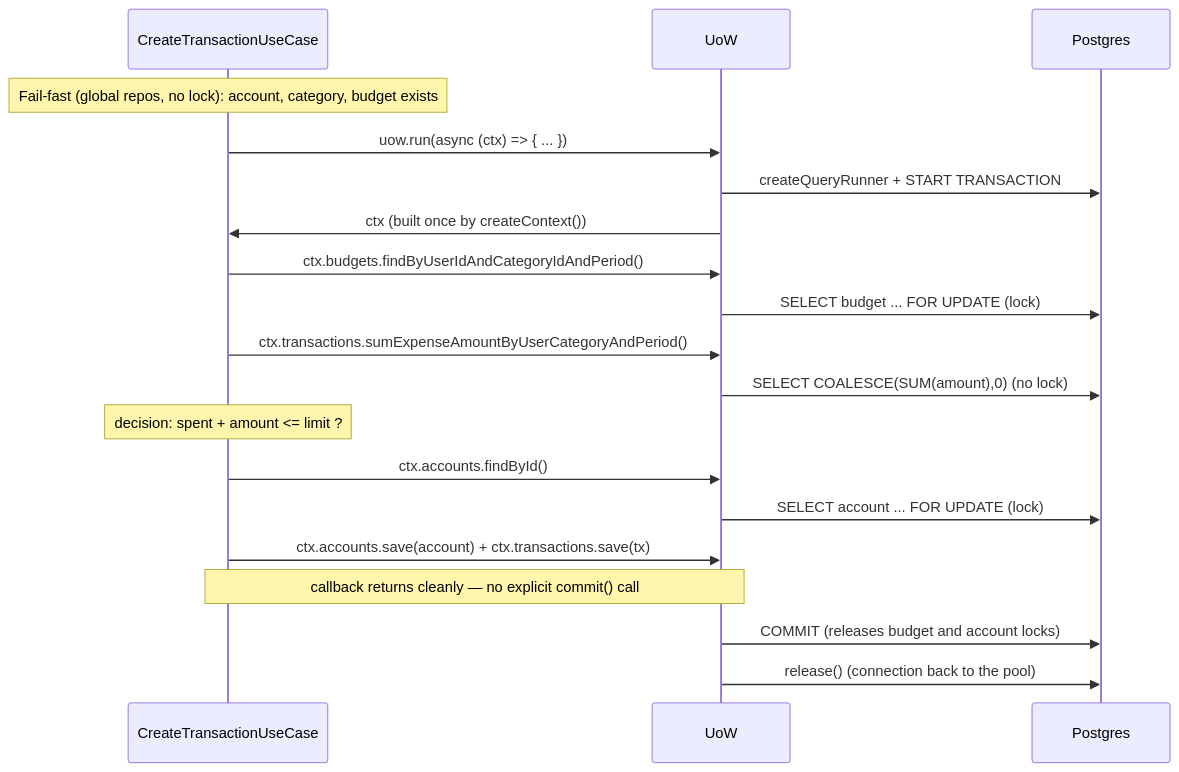
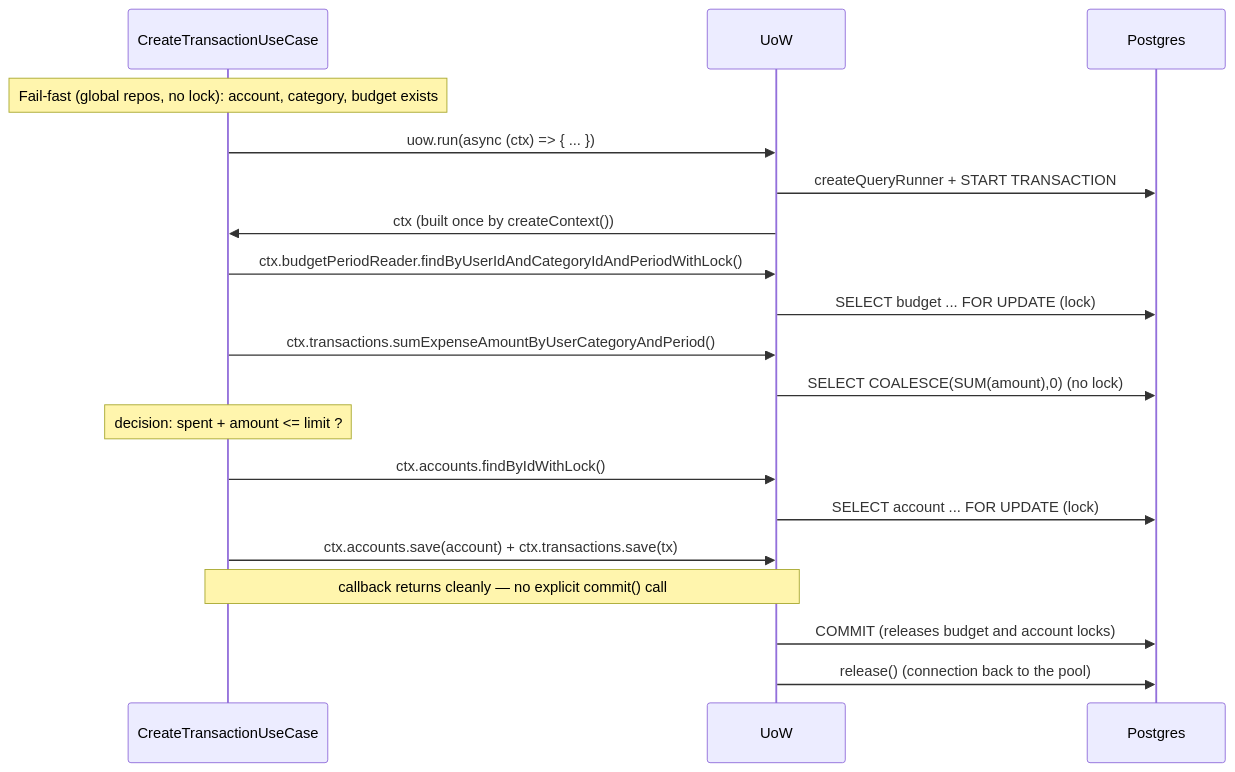
One commit to vicentera0957-arch/personal-finance-api changed the first of 2 diagrams in docs/concurrency-model.md. Above: the diagram before and after it, drawn with Mermaid. The commit also changed other lines of this file and 9 other files, not shown here.

````diff
--- a/docs/concurrency-model.md
+++ b/docs/concurrency-model.md
@@ -335,22 +335,22 @@
 ```mermaid
 sequenceDiagram
     participant UC as CreateTransactionUseCase
     participant UoW
     participant DB as Postgres
 
     Note over UC: Fail-fast (global repos, no lock): account, category, budget exists
     UC->>UoW: uow.run(async (ctx) => { ... })
     UoW->>DB: createQueryRunner + START TRANSACTION
     UoW->>UC: ctx (built once by createContext())
-    UC->>UoW: ctx.budgets.findByUserIdAndCategoryIdAndPeriod()
+    UC->>UoW: ctx.budgetPeriodReader.findByUserIdAndCategoryIdAndPeriodWithLock()
     UoW->>DB: SELECT budget ... FOR UPDATE (lock)
     UC->>UoW: ctx.transactions.sumExpenseAmountByUserCategoryAndPeriod()
     UoW->>DB: SELECT COALESCE(SUM(amount),0)   (no lock)
     Note over UC: decision: spent + amount <= limit ?
-    UC->>UoW: ctx.accounts.findById()
+    UC->>UoW: ctx.accounts.findByIdWithLock()
     UoW->>DB: SELECT account ... FOR UPDATE (lock)
     UC->>UoW: ctx.accounts.save(account) + ctx.transactions.save(tx)
     Note over UC,UoW: callback returns cleanly — no explicit commit() call
     UoW->>DB: COMMIT  (releases budget and account locks)
     UoW->>DB: release()  (connection back to the pool)
 ```
````
